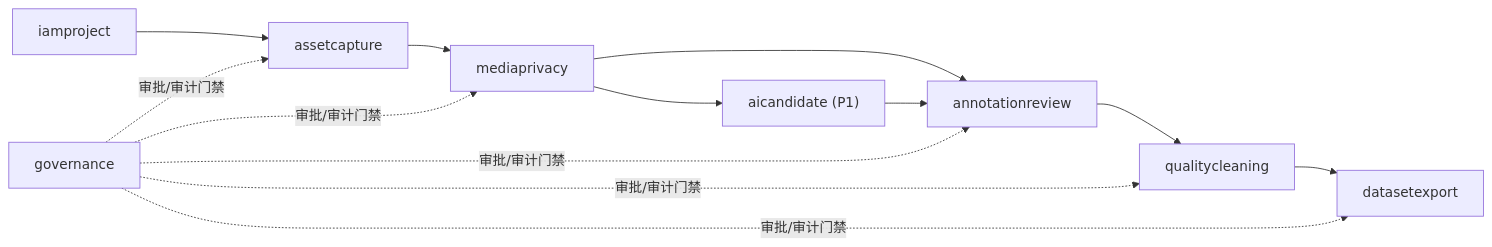
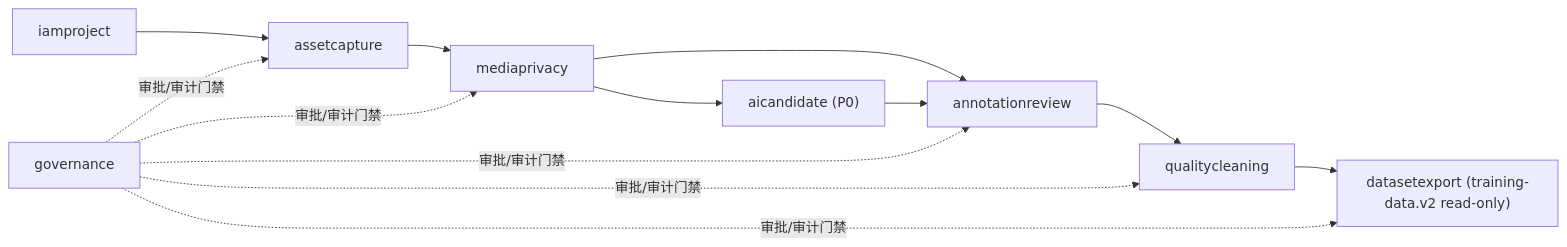
The diagram in docs/architecture/domain-model-and-data-ownership.md (Soberis/medication-video-platform), drawn with Mermaid before and after one commit. The commit also changed other lines of this file and 205 other files, not shown here.

````diff
--- a/docs/architecture/domain-model-and-data-ownership.md
+++ b/docs/architecture/domain-model-and-data-ownership.md
@@ -75,15 +75,15 @@
 ```mermaid
 flowchart LR
     IAM["iamproject"] --> ASSET["assetcapture"]
     ASSET --> MEDIA["mediaprivacy"]
     MEDIA --> ANNO["annotationreview"]
     ANNO --> CLEAN["qualitycleaning"]
-    CLEAN --> DATASET["datasetexport"]
-    MEDIA --> AI["aicandidate (P1)"]
+    CLEAN --> DATASET["datasetexport (training-data.v2 read-only)"]
+    MEDIA --> AI["aicandidate (P0)"]
     AI --> ANNO
     GOV["governance"] -. "审批/审计门禁" .-> ASSET
     GOV -. "审批/审计门禁" .-> MEDIA
     GOV -. "审批/审计门禁" .-> ANNO
     GOV -. "审批/审计门禁" .-> CLEAN
     GOV -. "审批/审计门禁" .-> DATASET
 ```
````
